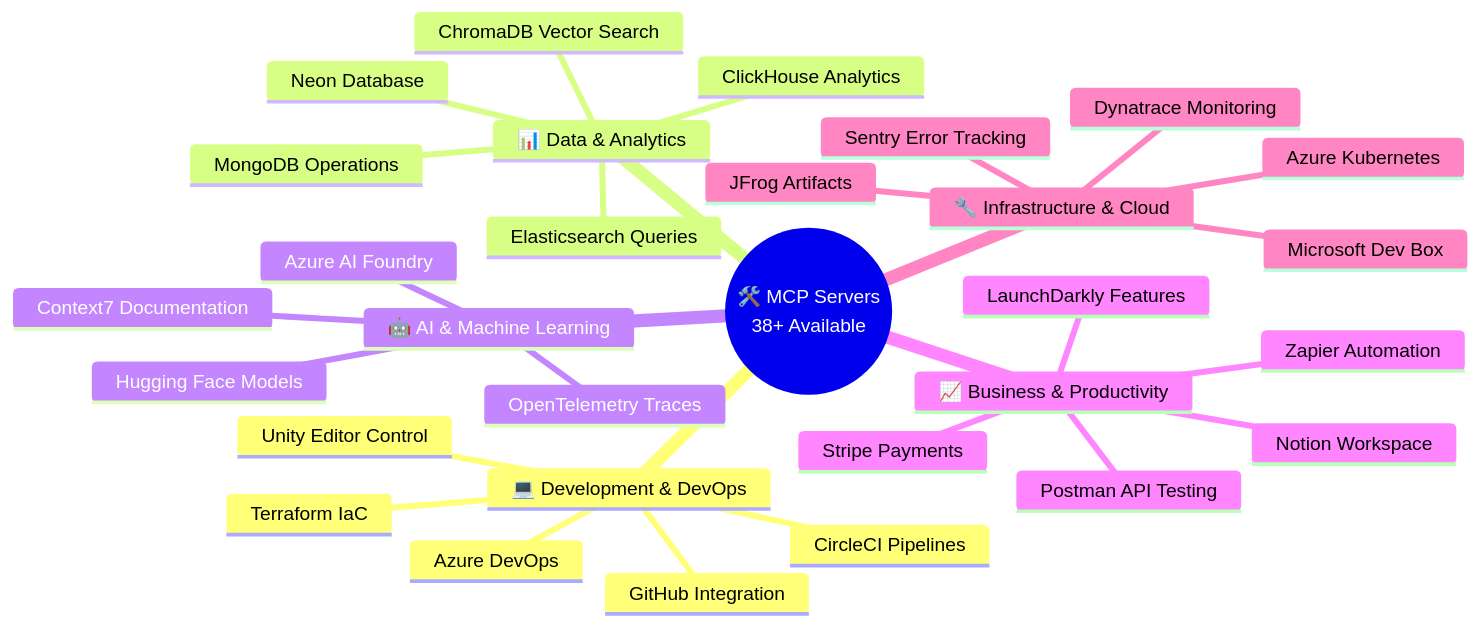
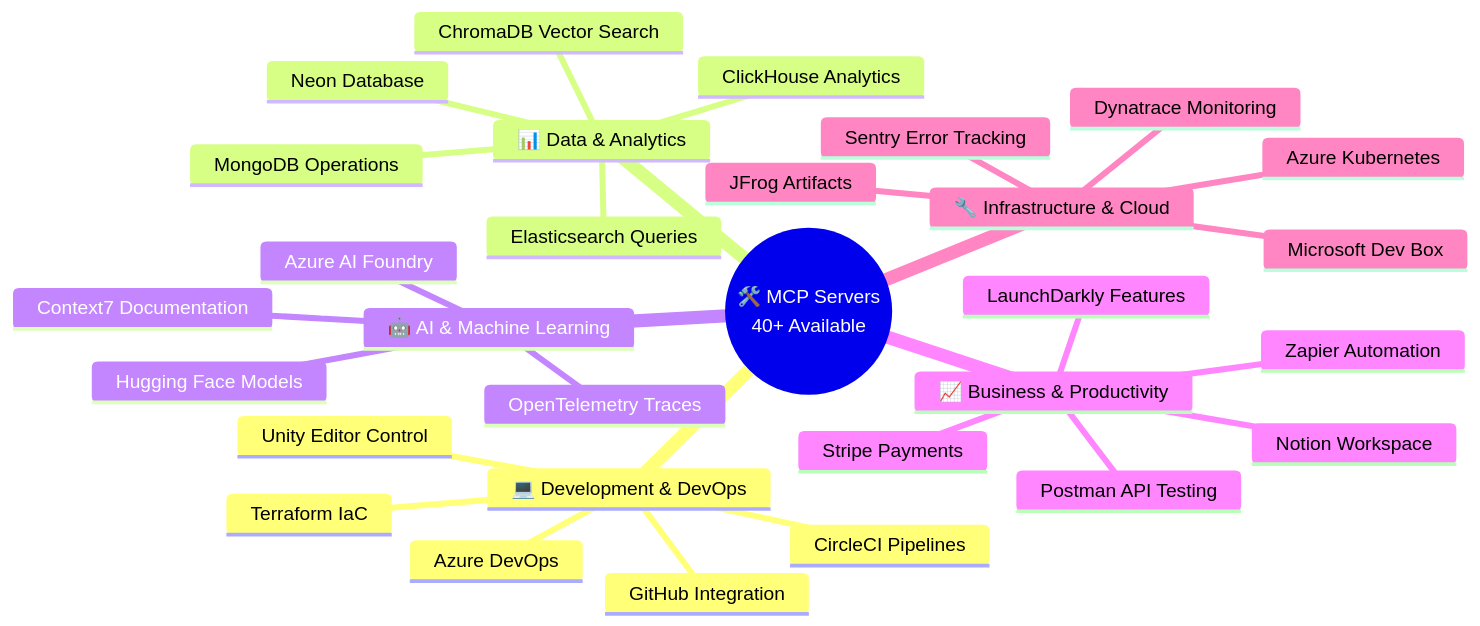
The third of 8 diagrams in explore-github-mcp-registry/readme.MD (balupeddireddy08/Model_Context_Protocol_for_AI), drawn with Mermaid before and after one commit. The commit also changed other lines of this file, not shown here.

Commit message:
Add MCP Regisrty Documentation file

````diff
--- a/explore-github-mcp-registry/readme.MD
+++ b/explore-github-mcp-registry/readme.MD
@@ -178,33 +178,33 @@
 ```mermaid
 mindmap
-  root((🛠️ MCP Servers<br/>38+ Available))
+  root((🛠️ MCP Servers<br/>40+ Available))
     💻 Development & DevOps
       GitHub Integration
       Azure DevOps
       Terraform IaC
       CircleCI Pipelines
       Unity Editor Control
     📊 Data & Analytics  
       ChromaDB Vector Search
       Elasticsearch Queries
       MongoDB Operations
       ClickHouse Analytics
       Neon Database
     🤖 AI & Machine Learning
       Hugging Face Models
       Azure AI Foundry
       Context7 Documentation
       OpenTelemetry Traces
     📈 Business & Productivity
       Postman API Testing
       Notion Workspace
       Zapier Automation
       Stripe Payments
       LaunchDarkly Features
     🔧 Infrastructure & Cloud
       Azure Kubernetes
       Dynatrace Monitoring
       JFrog Artifacts
       Microsoft Dev Box
       Sentry Error Tracking
 ```
````
